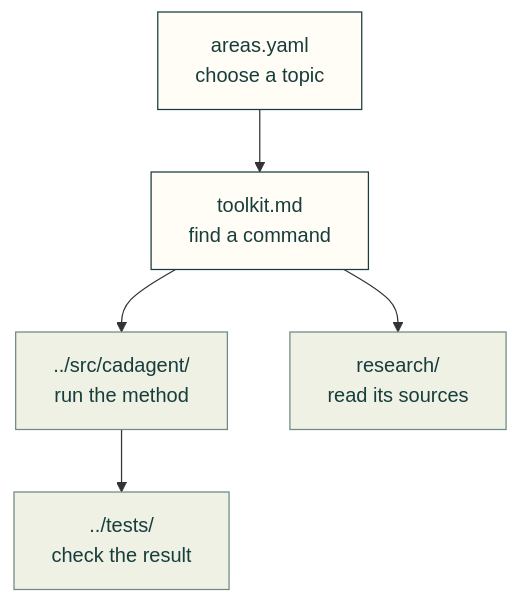
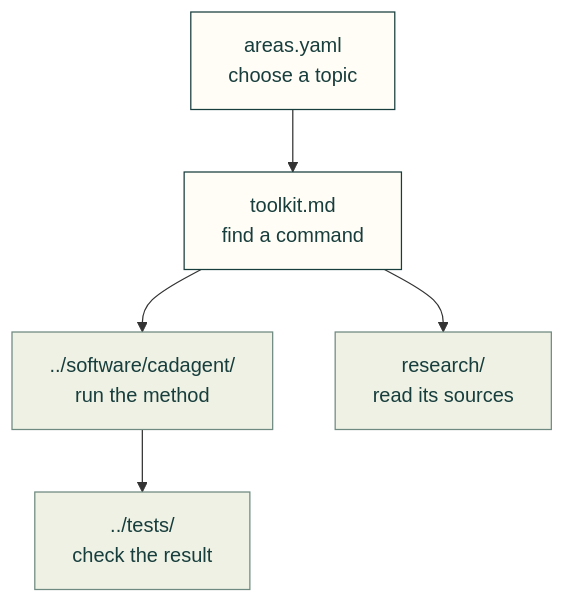
One commit to Valpatel/cad-agent changed the diagram in docs/README.md. Above: the diagram before and after it, drawn with Mermaid. The commit also changed 5109 other files, not shown here.

````diff
--- a/docs/README.md
+++ b/docs/README.md
@@ -7,11 +7,11 @@
 ```mermaid
 flowchart TD
     A["areas.yaml<br/>choose a topic"] --> G["toolkit.md<br/>find a command"]
-    G --> S["../src/cadagent/<br/>run the method"]
+    G --> S["../software/cadagent/<br/>run the method"]
     G --> R["research/<br/>read its sources"]
     S --> T["../tests/<br/>check the result"]
     classDef here fill:#fffdf5,stroke:#173d3c,color:#173d3c
     classDef near fill:#eef1e4,stroke:#6f8a80,color:#173d3c
     class A,G here
     class S,R,T near
 ```
````
